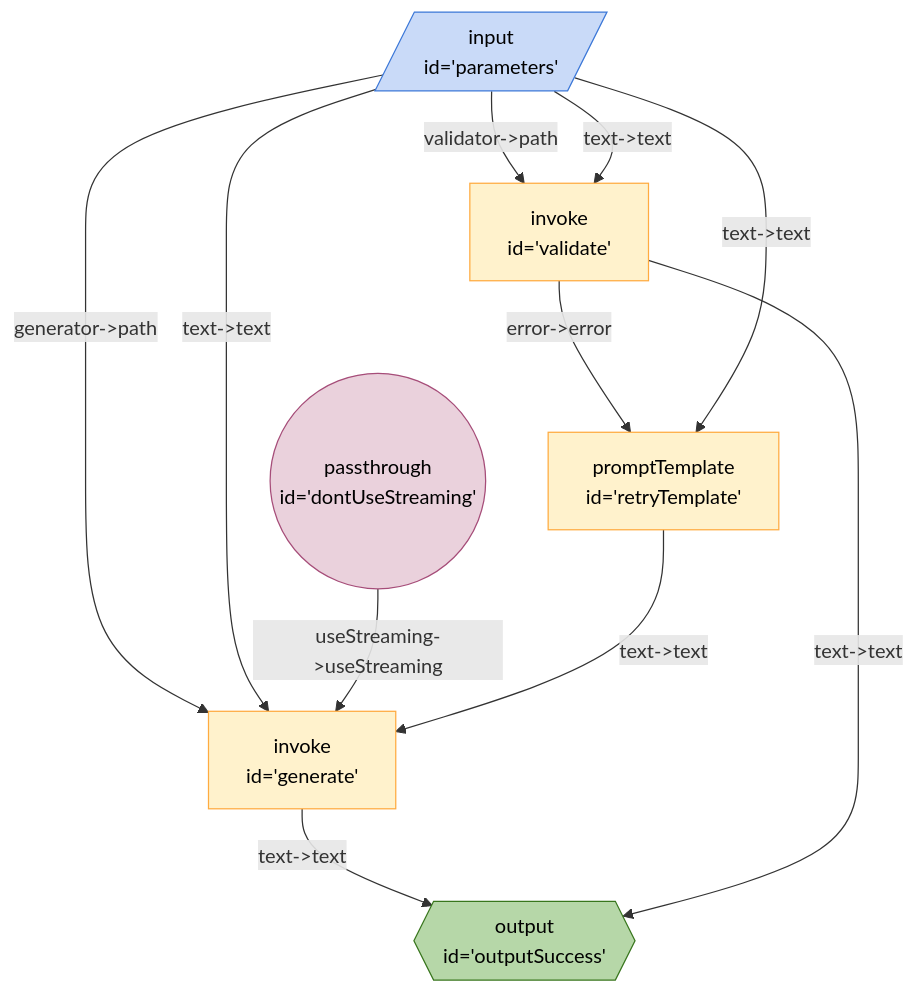
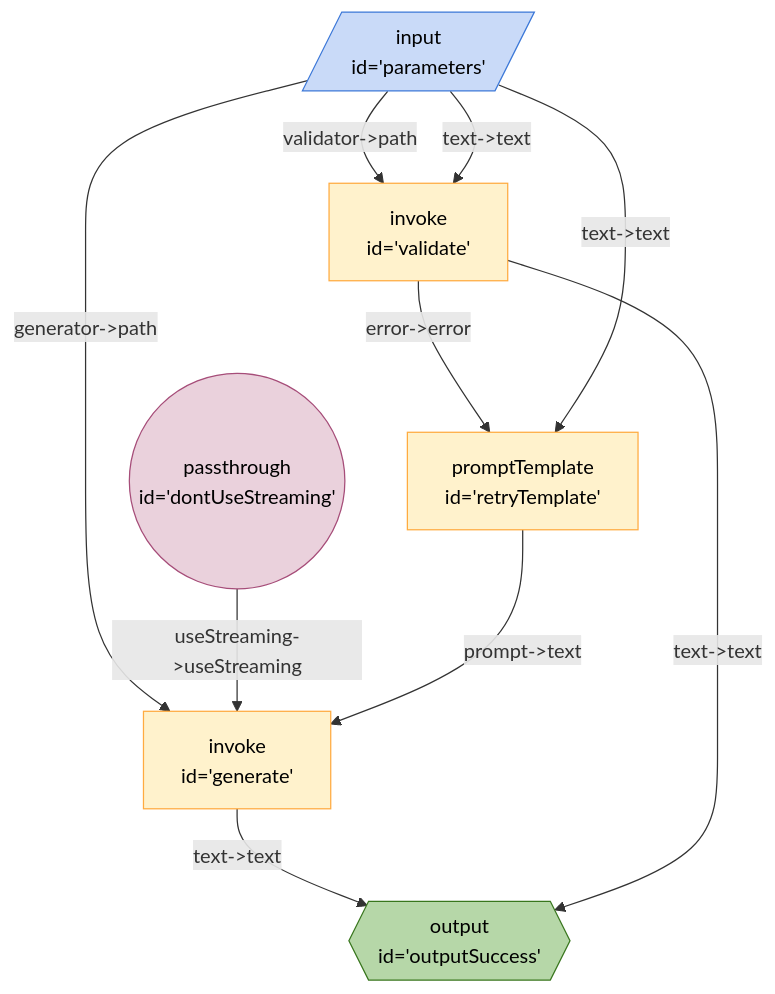
One commit to breadboard-ai/breadboard changed the diagram in seeds/breadboard-web/docs/graphs/healer.md. Above: the diagram before and after it, drawn with Mermaid. The commit also changed 5 other files, not shown here.

````diff
--- a/seeds/breadboard-web/docs/graphs/healer.md
+++ b/seeds/breadboard-web/docs/graphs/healer.md
@@ -3,22 +3,21 @@
 ```mermaid
 %%{init: 'themeVariables': { 'fontFamily': 'Fira Code, monospace' }}%%
 graph TD;
 parameters[/"input <br> id='parameters'"/]:::input -- "validator->path" --> validate["invoke <br> id='validate'"]
 parameters[/"input <br> id='parameters'"/]:::input -- "text->text" --> validate["invoke <br> id='validate'"]
 parameters[/"input <br> id='parameters'"/]:::input -- "generator->path" --> generate["invoke <br> id='generate'"]
-parameters[/"input <br> id='parameters'"/]:::input -- "text->text" --> generate["invoke <br> id='generate'"]
 dontUseStreaming(("passthrough <br> id='dontUseStreaming'")):::passthrough -- "useStreaming->useStreaming" --> generate["invoke <br> id='generate'"]
 validate["invoke <br> id='validate'"] -- "error->error" --> retryTemplate["promptTemplate <br> id='retryTemplate'"]
 parameters[/"input <br> id='parameters'"/]:::input -- "text->text" --> retryTemplate["promptTemplate <br> id='retryTemplate'"]
-retryTemplate["promptTemplate <br> id='retryTemplate'"] -- "text->text" --> generate["invoke <br> id='generate'"]
+retryTemplate["promptTemplate <br> id='retryTemplate'"] -- "prompt->text" --> generate["invoke <br> id='generate'"]
 generate["invoke <br> id='generate'"] -- "text->text" --> outputSuccess{{"output <br> id='outputSuccess'"}}:::output
 validate["invoke <br> id='validate'"] -- "text->text" --> outputSuccess{{"output <br> id='outputSuccess'"}}:::output
 classDef default stroke:#ffab40,fill:#fff2ccff,color:#000
 classDef input stroke:#3c78d8,fill:#c9daf8ff,color:#000
 classDef output stroke:#38761d,fill:#b6d7a8ff,color:#000
 classDef passthrough stroke:#a64d79,fill:#ead1dcff,color:#000
 classDef slot stroke:#a64d79,fill:#ead1dcff,color:#000
 classDef config stroke:#a64d79,fill:#ead1dcff,color:#000
 classDef secrets stroke:#db4437,fill:#f4cccc,color:#000
 classDef slotted stroke:#a64d79
 ```
````
